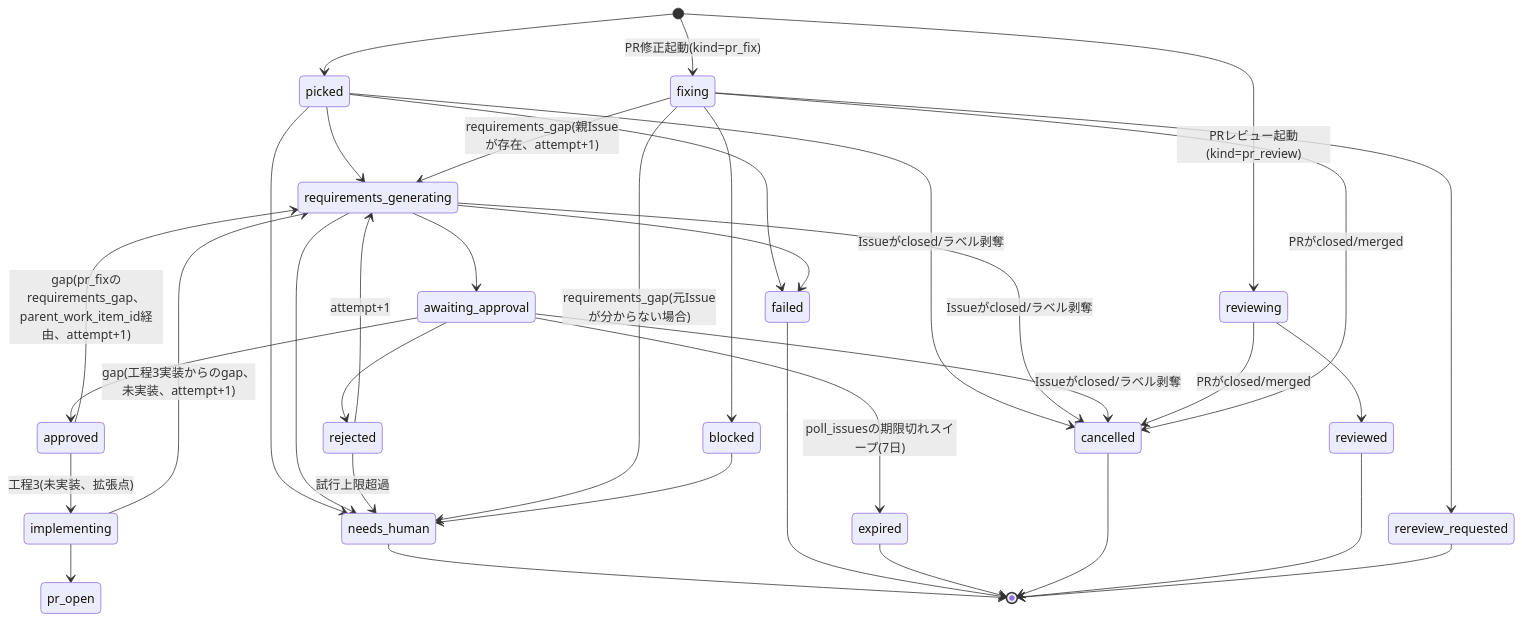
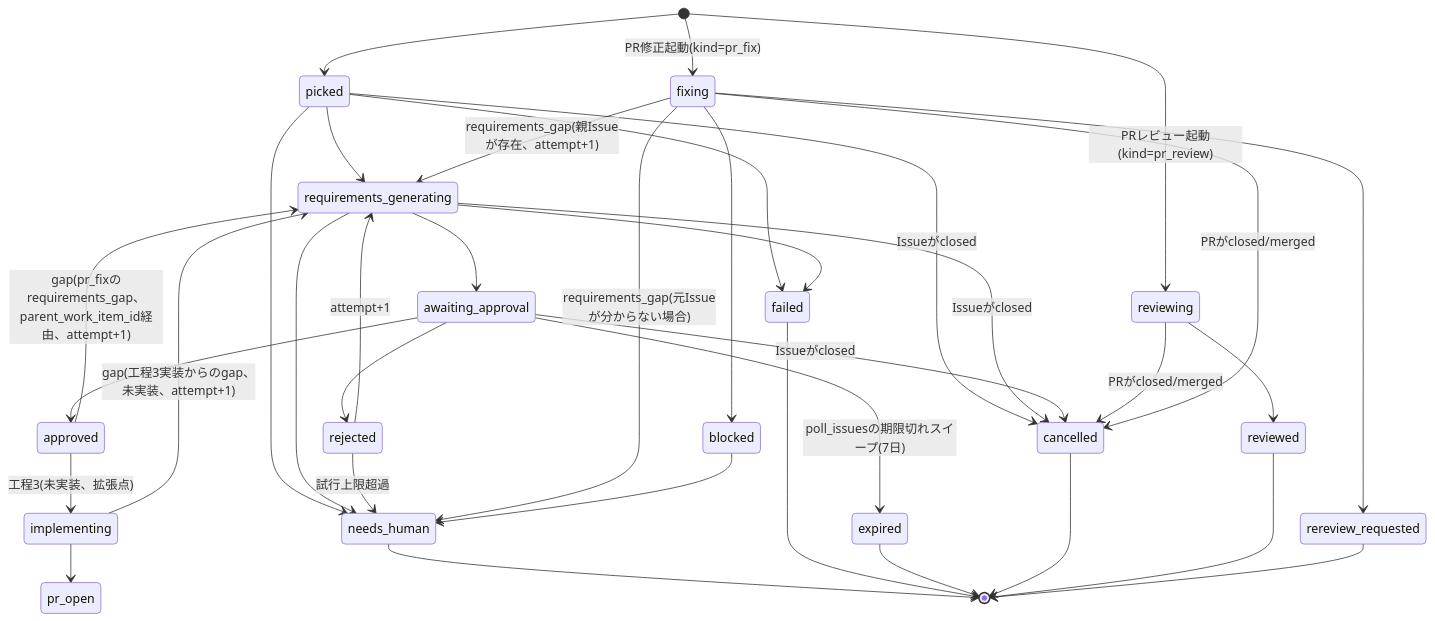
Before and after one commit to u-stem/atelier-works: the second of 2 diagrams in docs/architecture.md, drawn with Mermaid. The commit also changed other lines of this file and 22 other files, not shown here.

````diff
--- a/docs/architecture.md
+++ b/docs/architecture.md
@@ -50,38 +50,38 @@
 ```mermaid
 stateDiagram-v2
     [*] --> picked
     picked --> requirements_generating
     requirements_generating --> awaiting_approval
     awaiting_approval --> approved
     awaiting_approval --> rejected
     rejected --> requirements_generating: attempt+1
     awaiting_approval --> expired: poll_issuesの期限切れスイープ(7日)
     picked --> needs_human
     requirements_generating --> needs_human
     rejected --> needs_human: 試行上限超過
     picked --> failed
     requirements_generating --> failed
-    picked --> cancelled: Issueがclosed/ラベル剥奪
-    requirements_generating --> cancelled: Issueがclosed/ラベル剥奪
-    awaiting_approval --> cancelled: Issueがclosed/ラベル剥奪
+    picked --> cancelled: Issueがclosed
+    requirements_generating --> cancelled: Issueがclosed
+    awaiting_approval --> cancelled: Issueがclosed
     approved --> implementing: 工程3(未実装、拡張点)
     implementing --> requirements_generating: gap(工程3実装からのgap、未実装、attempt+1)
     implementing --> pr_open
     approved --> requirements_generating: gap(pr_fixのrequirements_gap、parent_work_item_id経由、attempt+1)
     [*] --> reviewing: PRレビュー起動(kind=pr_review)
     reviewing --> reviewed
     reviewing --> cancelled: PRがclosed/merged
     [*] --> fixing: PR修正起動(kind=pr_fix)
     fixing --> rereview_requested
     fixing --> blocked
     fixing --> requirements_generating: requirements_gap(親Issueが存在、attempt+1)
     fixing --> needs_human: requirements_gap(元Issueが分からない場合)
     fixing --> cancelled: PRがclosed/merged
     blocked --> needs_human
     needs_human --> [*]
     failed --> [*]
     expired --> [*]
     cancelled --> [*]
     reviewed --> [*]
     rereview_requested --> [*]
 ```
````
